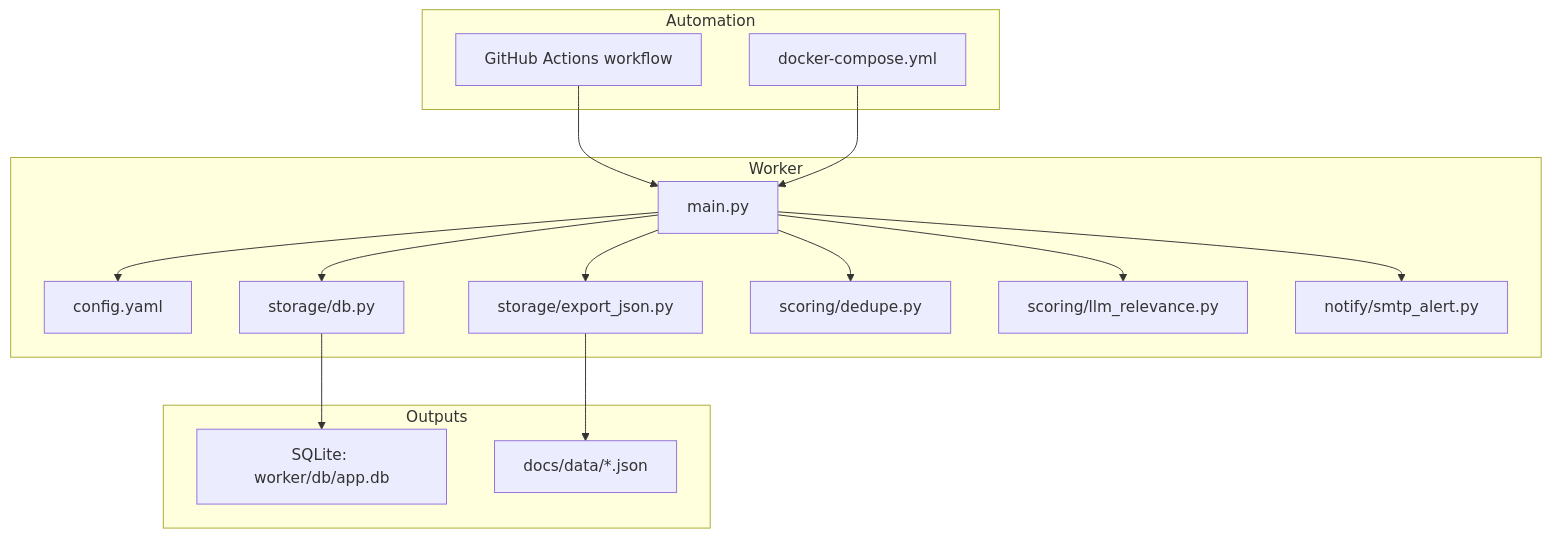
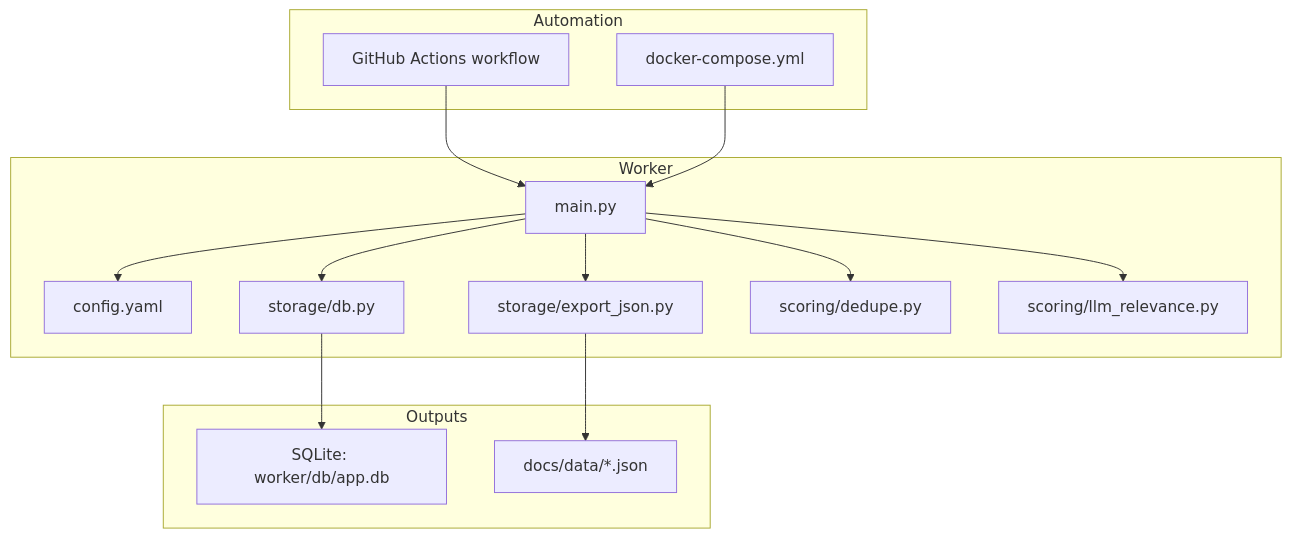
The first of 7 diagrams in .qoder/repowiki/en/content/Data Management/Data Lifecycle Management.md (shakthi-vinayak/news), drawn with Mermaid before and after one commit. The commit also changed other lines of this file and 37 other files, not shown here.

````diff
--- a/.qoder/repowiki/en/content/Data Management/Data Lifecycle Management.md
+++ b/.qoder/repowiki/en/content/Data Management/Data Lifecycle Management.md
@@ -36,30 +44,28 @@
 ```mermaid
 graph TB
 subgraph "Worker"
 M["main.py"]
 C["config.yaml"]
 D["storage/db.py"]
 E["storage/export_json.py"]
 DD["scoring/dedupe.py"]
 LR["scoring/llm_relevance.py"]
-N["notify/smtp_alert.py"]
 end
 subgraph "Outputs"
 DBF["SQLite: worker/db/app.db"]
 OUT["docs/data/*.json"]
 end
 subgraph "Automation"
 GA["GitHub Actions workflow"]
 DC["docker-compose.yml"]
 end
 M --> D
 M --> E
 M --> DD
 M --> LR
-M --> N
 M --> C
 E --> OUT
 D --> DBF
 GA --> M
 DC --> M
 ```
````
